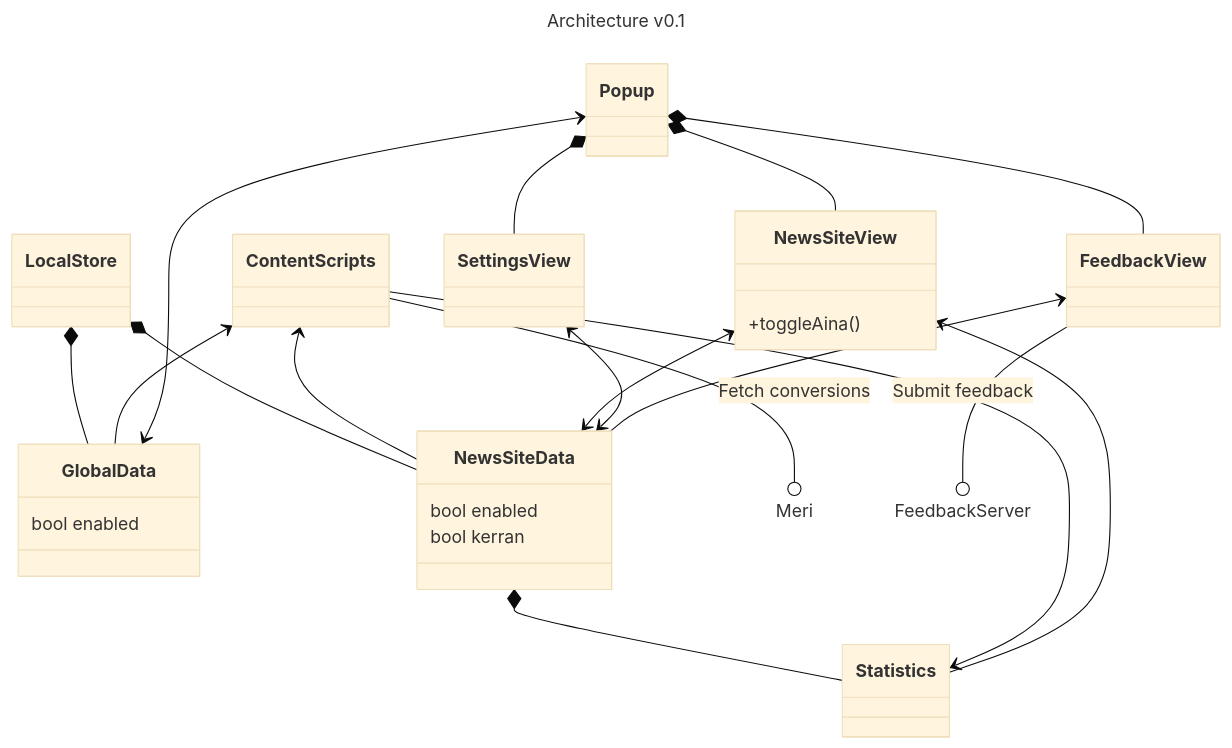
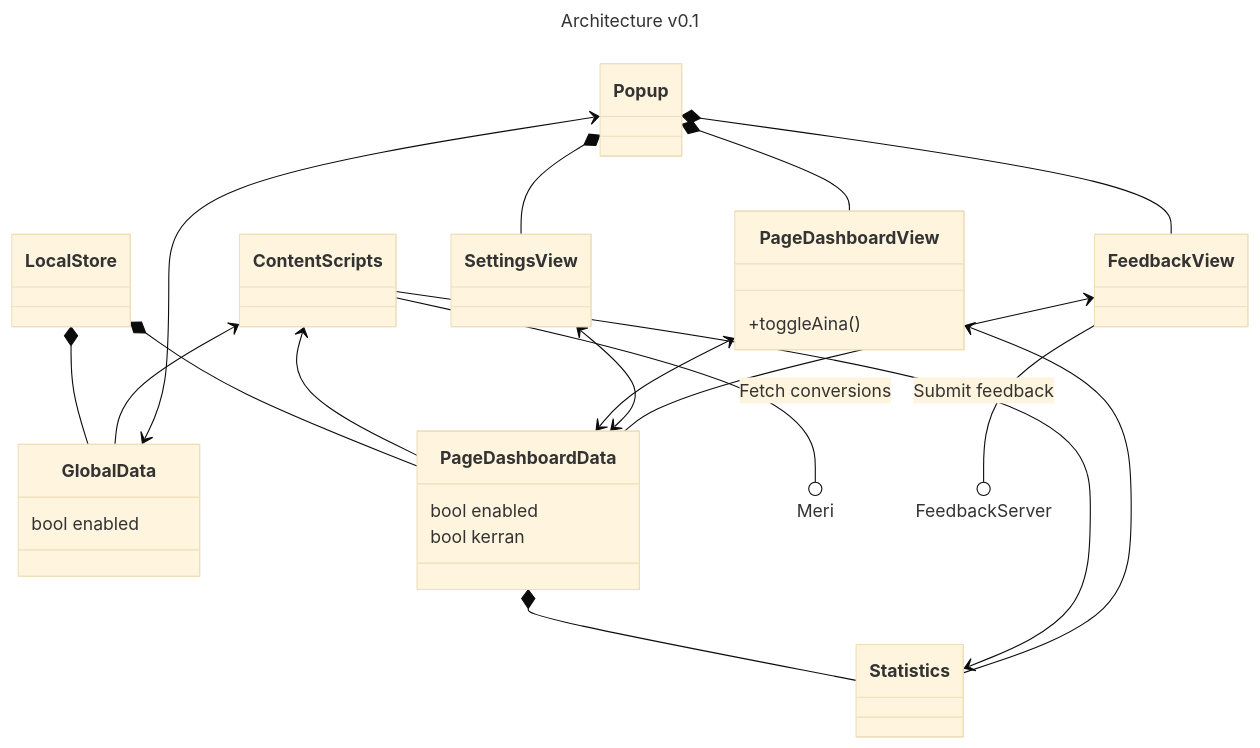
Before and after one commit to Klikkikuri/paatti: the diagram in README.md, drawn with Mermaid (base theme).

Commit message:
Rename things in architecture README.md

````diff
--- a/README.md
+++ b/README.md
@@ -3,52 +3,52 @@
 ```mermaid
 ---
 title: Architecture v0.1
 ---
 classDiagram
     direction TB
     class LocalStore{
     }
     class GlobalData{
         bool enabled
     }
-    class NewsSiteData{
+    class PageDashboardData{
         bool enabled
         bool kerran
     }
     class Statistics{
     }
     class Popup{
     }
     class SettingsView{
     }
-    class NewsSiteView{
+    class PageDashboardView{
         +toggleAina()
     }
     class FeedbackView{
     }
     class ContentScripts{
     }
 
     LocalStore *-- GlobalData
-    LocalStore *-- NewsSiteData
+    LocalStore *-- PageDashboardData
 
-    NewsSiteData *-- Statistics
+    PageDashboardData *-- Statistics
 
     ContentScripts <-- GlobalData
-    ContentScripts <-- NewsSiteData
+    ContentScripts <-- PageDashboardData
     ContentScripts --> Statistics
     ContentScripts --() Meri : Fetch conversions
 
-    Popup *-- NewsSiteView
+    Popup *-- PageDashboardView
     Popup *-- SettingsView
     Popup *-- FeedbackView
     Popup <--> GlobalData
 
-    NewsSiteView <-- Statistics
-    NewsSiteView <--> NewsSiteData
+    PageDashboardView <-- Statistics
+    PageDashboardView <--> PageDashboardData
 
-    SettingsView <--> NewsSiteData
+    SettingsView <--> PageDashboardData
 
-    FeedbackView <-- NewsSiteData
+    FeedbackView <-- PageDashboardData
     FeedbackView --() FeedbackServer : Submit feedback
 ```
````
